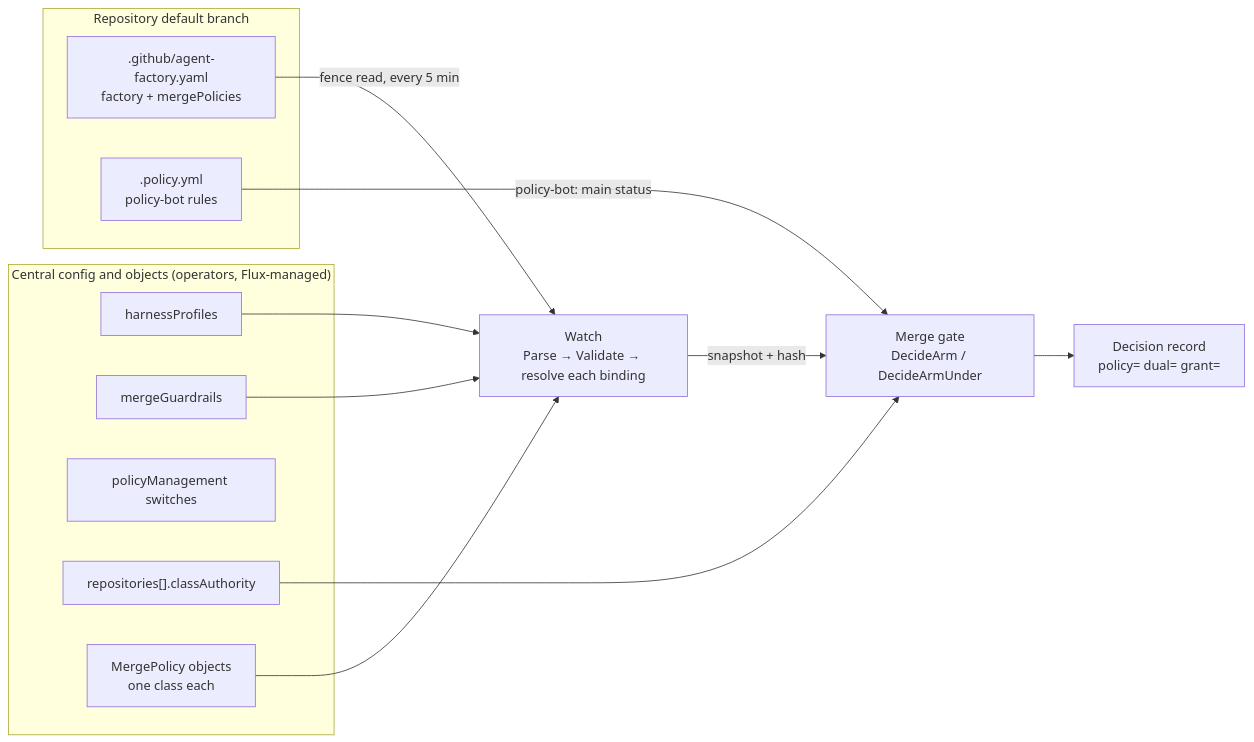
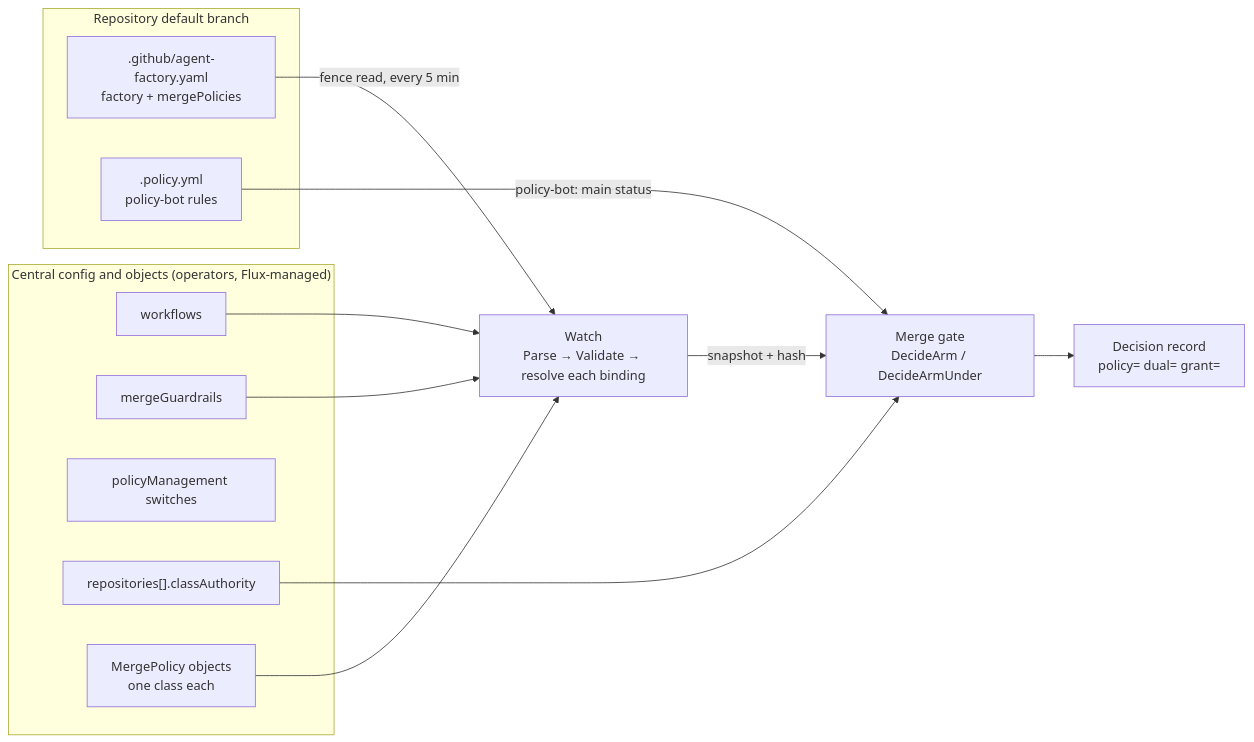
The first of 5 diagrams in docs/merge-policies.md (Smana/maku), drawn with Mermaid before and after one commit. The commit also changed other lines of this file and 149 other files, not shown here.

````diff
--- a/docs/merge-policies.md
+++ b/docs/merge-policies.md
@@ -132,22 +132,22 @@
 ```mermaid
 flowchart LR
   subgraph central["Central config and objects (operators, Flux-managed)"]
-    hp["harnessProfiles"]
+    hp["workflows"]
     mg["mergeGuardrails"]
     pm["policyManagement switches"]
     ca["repositories[].classAuthority"]
     mp["MergePolicy objects<br/>one class each"]
   end
   subgraph repo["Repository default branch"]
     file[".github/agent-factory.yaml<br/>factory + mergePolicies"]
     pb[".policy.yml<br/>policy-bot rules"]
   end
   file -->|"fence read, every 5 min"| watch["Watch<br/>Parse → Validate → resolve each binding"]
   mp --> watch
   hp --> watch
   mg --> watch
   watch -->|"snapshot + hash"| gate["Merge gate<br/>DecideArm / DecideArmUnder"]
   ca --> gate
   pb -->|"policy-bot: main status"| gate
   gate --> record["Decision record<br/>policy= dual= grant="]
 ```
````
